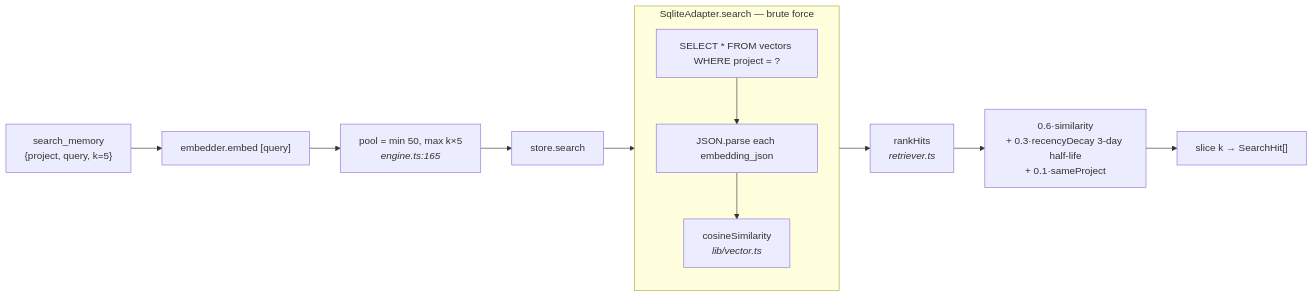
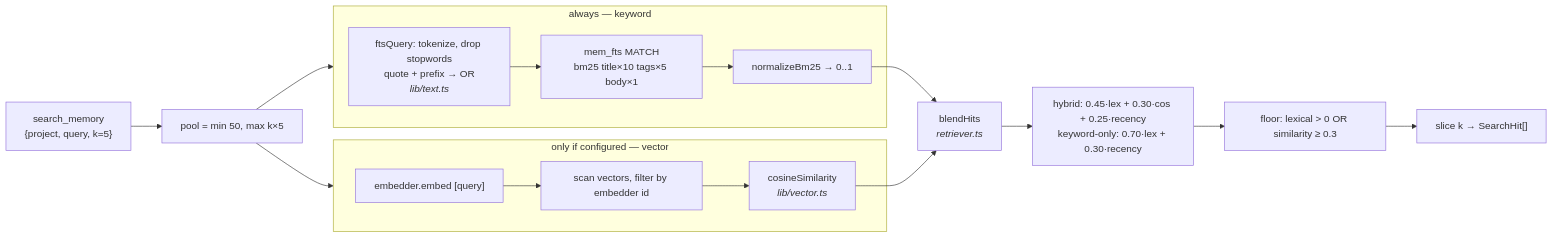
Before and after one commit to maskfool/ctxvault: the fifth of 5 diagrams in docs/DATA-FLOW.md, drawn with Mermaid. The commit also changed other lines of this file and 11 other files, not shown here.

````diff
--- a/docs/DATA-FLOW.md
+++ b/docs/DATA-FLOW.md
@@ -148,18 +172,27 @@
 ```mermaid
 flowchart LR
-    Q["search_memory<br/>{project, query, k=5}"] --> QE["embedder.embed [query]"]
-    QE --> POOL["pool = min 50, max k×5<br/><i>engine.ts:165</i>"]
-    POOL --> SC["store.search"]
+    Q["search_memory<br/>{project, query, k=5}"] --> POOL["pool = min 50, max k×5"]
 
-    subgraph SCAN["SqliteAdapter.search — brute force"]
-        R1["SELECT * FROM vectors WHERE project = ?"]
-        R2["JSON.parse each embedding_json"]
-        R3["cosineSimilarity<br/><i>lib/vector.ts</i>"]
-        R1 --> R2 --> R3
+    POOL --> LEX
+    POOL --> VEC
+
+    subgraph LEX["always — keyword"]
+        L1["ftsQuery: tokenize, drop stopwords<br/>quote + prefix → OR<br/><i>lib/text.ts</i>"]
+        L2["mem_fts MATCH<br/>bm25 title×10 tags×5 body×1"]
+        L3["normalizeBm25 → 0..1"]
+        L1 --> L2 --> L3
     end
 
-    SC --> SCAN
-    SCAN --> RR["rankHits<br/><i>retriever.ts</i>"]
-    RR --> F["0.6·similarity<br/>+ 0.3·recencyDecay 3-day half-life<br/>+ 0.1·sameProject"]
-    F --> TOP["slice k → SearchHit[]"]
+    subgraph VEC["only if configured — vector"]
+        V1["embedder.embed [query]"]
+        V2["scan vectors, filter by embedder id"]
+        V3["cosineSimilarity<br/><i>lib/vector.ts</i>"]
+        V1 --> V2 --> V3
+    end
+
+    L3 --> BL["blendHits<br/><i>retriever.ts</i>"]
+    V3 --> BL
+    BL --> F["hybrid: 0.45·lex + 0.30·cos + 0.25·recency<br/>keyword-only: 0.70·lex + 0.30·recency"]
+    F --> FLOOR["floor: lexical &gt; 0 OR similarity ≥ 0.3"]
+    FLOOR --> TOP["slice k → SearchHit[]"]
 ```
````
